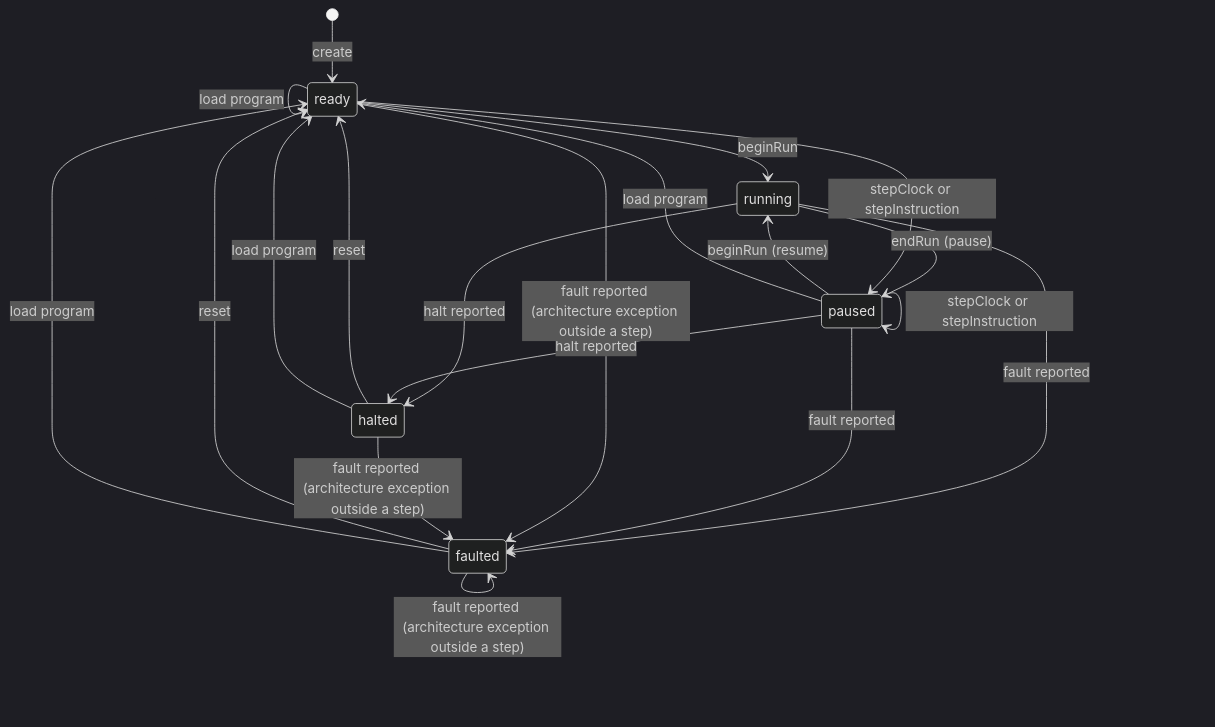
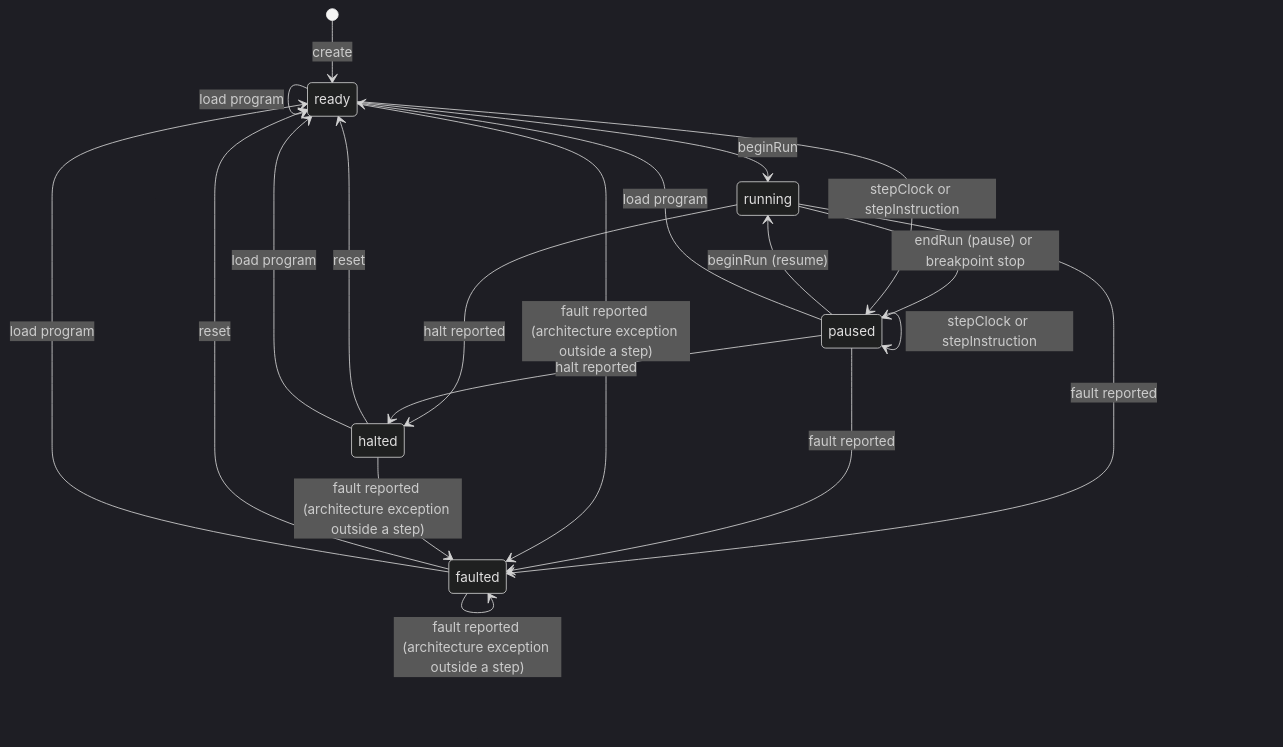
The second of 2 diagrams in docs/architecture/SIMULATION_PLATFORM.md (Browniesauce/BITSHIFT-CPU-Simulator), drawn with Mermaid (dark theme) before and after one commit. The commit also changed other lines of this file and 14 other files, not shown here.

````diff
--- a/docs/architecture/SIMULATION_PLATFORM.md
+++ b/docs/architecture/SIMULATION_PLATFORM.md
@@ -81,22 +81,22 @@
 ```mermaid
 stateDiagram-v2
   [*] --> ready: create
   ready --> running: beginRun
   paused --> running: beginRun (resume)
-  running --> paused: endRun (pause)
+  running --> paused: endRun (pause) or breakpoint stop
   ready --> paused: stepClock or stepInstruction
   paused --> paused: stepClock or stepInstruction
   running --> halted: halt reported
   running --> faulted: fault reported
   paused --> halted: halt reported
   paused --> faulted: fault reported
   ready --> faulted: fault reported (architecture exception outside a step)
   halted --> faulted: fault reported (architecture exception outside a step)
   faulted --> faulted: fault reported (architecture exception outside a step)
   halted --> ready: reset
   faulted --> ready: reset
   ready --> ready: load program
   paused --> ready: load program
   halted --> ready: load program
   faulted --> ready: load program
 ```
````
